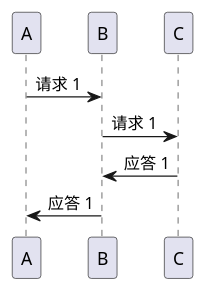
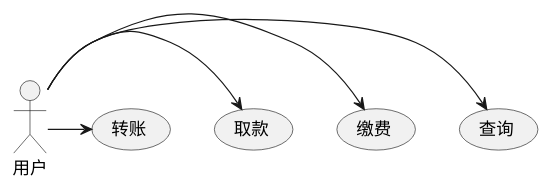
Before and after one commit to mackong/mackong.github.io: the second of 7 diagrams in _posts/2014-10-16-draw-uml-with-plantuml.md, drawn with PlantUML. The commit also changed other lines of this file and 7 other files, not shown here.

```diff
--- a/_posts/2014-10-16-draw-uml-with-plantuml.md
+++ b/_posts/2014-10-16-draw-uml-with-plantuml.md
@@ -27,6 +46,6 @@
 @startuml
-A -> B: 请求 1
-B -> C: 请求 1
-C -> B: 应答 1
-B -> A: 应答 1
+:用户: -> (查询)
+:用户: -> (缴费)
+:用户: -> (取款)
+:用户: -> (转账)
 @enduml
```
